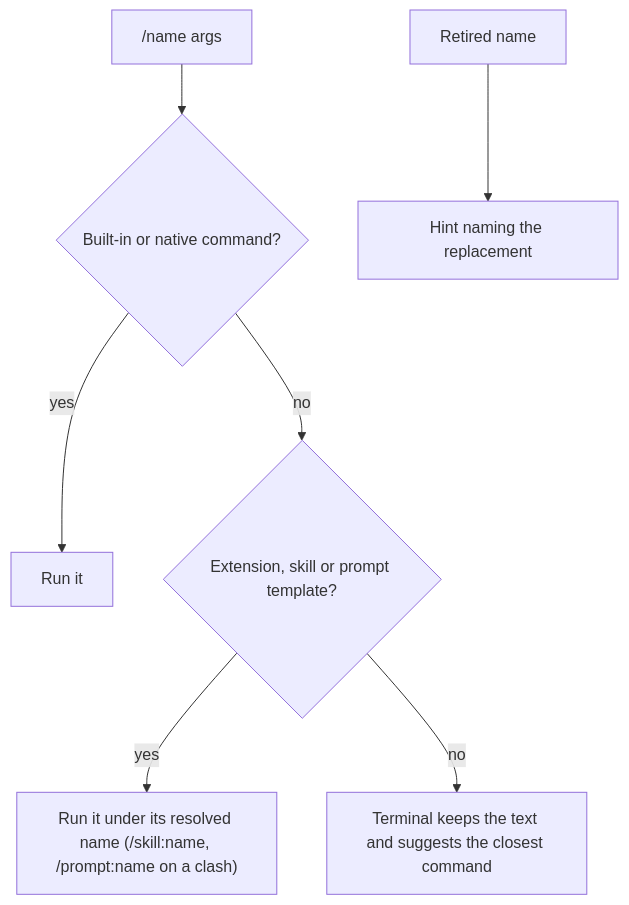
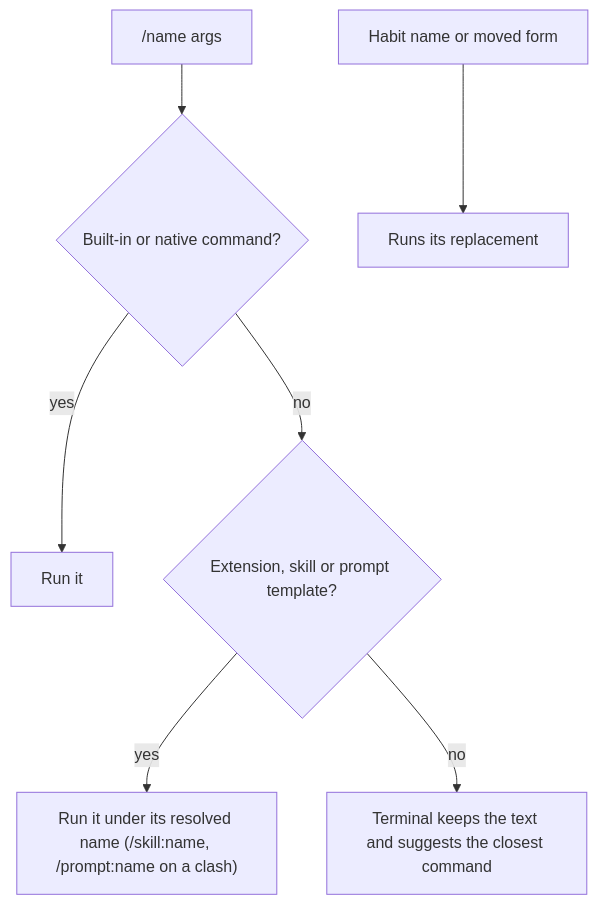
Before and after one commit to bgauryy/octocode-coding-agent: the diagram in packages/coding-agent/docs/commands.md, drawn with Mermaid. The commit also changed other lines of this file and 300 other files, not shown here.

````diff
--- a/packages/coding-agent/docs/commands.md
+++ b/packages/coding-agent/docs/commands.md
@@ -173,9 +191,9 @@
 ```mermaid
 flowchart TD
   A["/name args"] --> B{Built-in or native command?}
   B -- yes --> C[Run it]
   B -- no --> D{Extension, skill or prompt template?}
   D -- yes --> E["Run it under its resolved name (/skill:name, /prompt:name on a clash)"]
   D -- no --> F[Terminal keeps the text and suggests the closest command]
-  G["Retired name"] --> H[Hint naming the replacement]
+  G["Habit name or moved form"] --> H[Runs its replacement]
 ```
````
